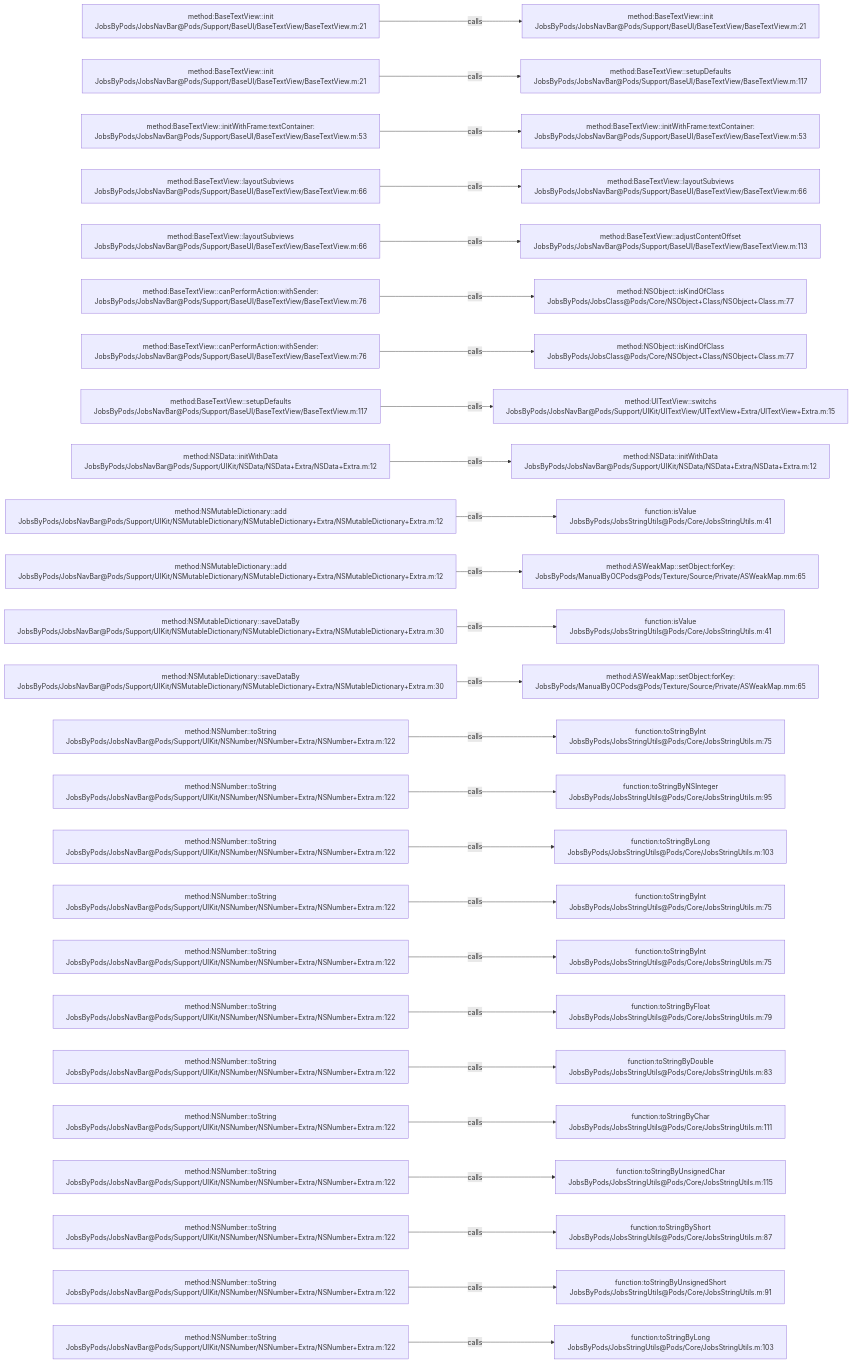
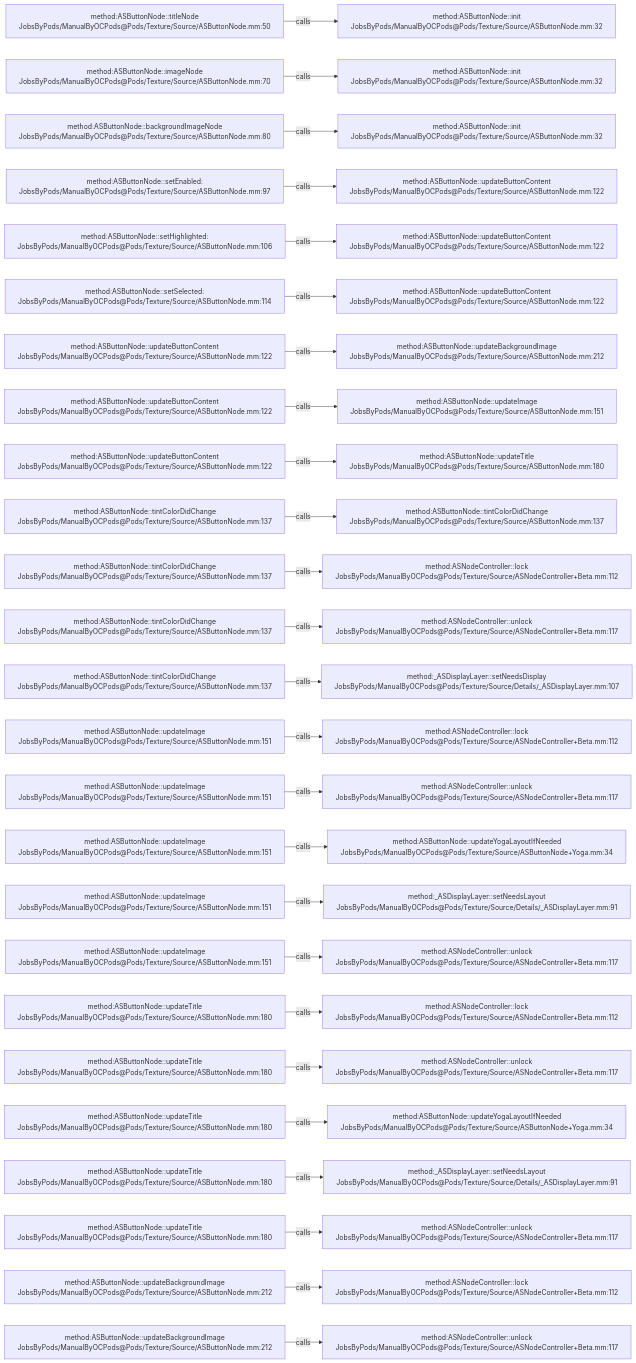
The diagram in .codegraph/codegraph.md/graphs/calls-079.md (JobsKits/JobsOCBaseConfigDemo), drawn with Mermaid before and after one commit. The commit also changed 2162 other files, not shown here.

````diff
--- a/.codegraph/codegraph.md/graphs/calls-079.md
+++ b/.codegraph/codegraph.md/graphs/calls-079.md
@@ -13,78 +13,78 @@
 ```mermaid
 flowchart LR
-  S1["method:BaseTextView::init<br/>JobsByPods/JobsNavBar@Pods/Support/BaseUI/BaseTextView/BaseTextView.m:21"]
-  T1["method:BaseTextView::init<br/>JobsByPods/JobsNavBar@Pods/Support/BaseUI/BaseTextView/BaseTextView.m:21"]
+  S1["method:ASButtonNode::titleNode<br/>JobsByPods/ManualByOCPods@Pods/Texture/Source/ASButtonNode.mm:50"]
+  T1["method:ASButtonNode::init<br/>JobsByPods/ManualByOCPods@Pods/Texture/Source/ASButtonNode.mm:32"]
   S1 -->|calls| T1
-  S2["method:BaseTextView::init<br/>JobsByPods/JobsNavBar@Pods/Support/BaseUI/BaseTextView/BaseTextView.m:21"]
-  T2["method:BaseTextView::setupDefaults<br/>JobsByPods/JobsNavBar@Pods/Support/BaseUI/BaseTextView/BaseTextView.m:117"]
+  S2["method:ASButtonNode::imageNode<br/>JobsByPods/ManualByOCPods@Pods/Texture/Source/ASButtonNode.mm:70"]
+  T2["method:ASButtonNode::init<br/>JobsByPods/ManualByOCPods@Pods/Texture/Source/ASButtonNode.mm:32"]
   S2 -->|calls| T2
-  S3["method:BaseTextView::initWithFrame:textContainer:<br/>JobsByPods/JobsNavBar@Pods/Support/BaseUI/BaseTextView/BaseTextView.m:53"]
-  T3["method:BaseTextView::initWithFrame:textContainer:<br/>JobsByPods/JobsNavBar@Pods/Support/BaseUI/BaseTextView/BaseTextView.m:53"]
+  S3["method:ASButtonNode::backgroundImageNode<br/>JobsByPods/ManualByOCPods@Pods/Texture/Source/ASButtonNode.mm:80"]
+  T3["method:ASButtonNode::init<br/>JobsByPods/ManualByOCPods@Pods/Texture/Source/ASButtonNode.mm:32"]
   S3 -->|calls| T3
-  S4["method:BaseTextView::layoutSubviews<br/>JobsByPods/JobsNavBar@Pods/Support/BaseUI/BaseTextView/BaseTextView.m:66"]
-  T4["method:BaseTextView::layoutSubviews<br/>JobsByPods/JobsNavBar@Pods/Support/BaseUI/BaseTextView/BaseTextView.m:66"]
+  S4["method:ASButtonNode::setEnabled:<br/>JobsByPods/ManualByOCPods@Pods/Texture/Source/ASButtonNode.mm:97"]
+  T4["method:ASButtonNode::updateButtonContent<br/>JobsByPods/ManualByOCPods@Pods/Texture/Source/ASButtonNode.mm:122"]
   S4 -->|calls| T4
-  S5["method:BaseTextView::layoutSubviews<br/>JobsByPods/JobsNavBar@Pods/Support/BaseUI/BaseTextView/BaseTextView.m:66"]
-  T5["method:BaseTextView::adjustContentOffset<br/>JobsByPods/JobsNavBar@Pods/Support/BaseUI/BaseTextView/BaseTextView.m:113"]
+  S5["method:ASButtonNode::setHighlighted:<br/>JobsByPods/ManualByOCPods@Pods/Texture/Source/ASButtonNode.mm:106"]
+  T5["method:ASButtonNode::updateButtonContent<br/>JobsByPods/ManualByOCPods@Pods/Texture/Source/ASButtonNode.mm:122"]
   S5 -->|calls| T5
-  S6["method:BaseTextView::canPerformAction:withSender:<br/>JobsByPods/JobsNavBar@Pods/Support/BaseUI/BaseTextView/BaseTextView.m:76"]
-  T6["method:NSObject::isKindOfClass<br/>JobsByPods/JobsClass@Pods/Core/NSObject+Class/NSObject+Class.m:77"]
+  S6["method:ASButtonNode::setSelected:<br/>JobsByPods/ManualByOCPods@Pods/Texture/Source/ASButtonNode.mm:114"]
+  T6["method:ASButtonNode::updateButtonContent<br/>JobsByPods/ManualByOCPods@Pods/Texture/Source/ASButtonNode.mm:122"]
   S6 -->|calls| T6
-  S7["method:BaseTextView::canPerformAction:withSender:<br/>JobsByPods/JobsNavBar@Pods/Support/BaseUI/BaseTextView/BaseTextView.m:76"]
-  T7["method:NSObject::isKindOfClass<br/>JobsByPods/JobsClass@Pods/Core/NSObject+Class/NSObject+Class.m:77"]
+  S7["method:ASButtonNode::updateButtonContent<br/>JobsByPods/ManualByOCPods@Pods/Texture/Source/ASButtonNode.mm:122"]
+  T7["method:ASButtonNode::updateBackgroundImage<br/>JobsByPods/ManualByOCPods@Pods/Texture/Source/ASButtonNode.mm:212"]
   S7 -->|calls| T7
-  S8["method:BaseTextView::setupDefaults<br/>JobsByPods/JobsNavBar@Pods/Support/BaseUI/BaseTextView/BaseTextView.m:117"]
-  T8["method:UITextView::switchs<br/>JobsByPods/JobsNavBar@Pods/Support/UIKit/UITextView/UITextView+Extra/UITextView+Extra.m:15"]
+  S8["method:ASButtonNode::updateButtonContent<br/>JobsByPods/ManualByOCPods@Pods/Texture/Source/ASButtonNode.mm:122"]
+  T8["method:ASButtonNode::updateImage<br/>JobsByPods/ManualByOCPods@Pods/Texture/Source/ASButtonNode.mm:151"]
   S8 -->|calls| T8
-  S9["method:NSData::initWithData<br/>JobsByPods/JobsNavBar@Pods/Support/UIKit/NSData/NSData+Extra/NSData+Extra.m:12"]
-  T9["method:NSData::initWithData<br/>JobsByPods/JobsNavBar@Pods/Support/UIKit/NSData/NSData+Extra/NSData+Extra.m:12"]
+  S9["method:ASButtonNode::updateButtonContent<br/>JobsByPods/ManualByOCPods@Pods/Texture/Source/ASButtonNode.mm:122"]
+  T9["method:ASButtonNode::updateTitle<br/>JobsByPods/ManualByOCPods@Pods/Texture/Source/ASButtonNode.mm:180"]
   S9 -->|calls| T9
-  S10["method:NSMutableDictionary::add<br/>JobsByPods/JobsNavBar@Pods/Support/UIKit/NSMutableDictionary/NSMutableDictionary+Extra/NSMutableDictionary+Extra.m:12"]
-  T10["function:isValue<br/>JobsByPods/JobsStringUtils@Pods/Core/JobsStringUtils.m:41"]
+  S10["method:ASButtonNode::tintColorDidChange<br/>JobsByPods/ManualByOCPods@Pods/Texture/Source/ASButtonNode.mm:137"]
+  T10["method:ASButtonNode::tintColorDidChange<br/>JobsByPods/ManualByOCPods@Pods/Texture/Source/ASButtonNode.mm:137"]
   S10 -->|calls| T10
-  S11["method:NSMutableDictionary::add<br/>JobsByPods/JobsNavBar@Pods/Support/UIKit/NSMutableDictionary/NSMutableDictionary+Extra/NSMutableDictionary+Extra.m:12"]
-  T11["method:ASWeakMap::setObject:forKey:<br/>JobsByPods/ManualByOCPods@Pods/Texture/Source/Private/ASWeakMap.mm:65"]
+  S11["method:ASButtonNode::tintColorDidChange<br/>JobsByPods/ManualByOCPods@Pods/Texture/Source/ASButtonNode.mm:137"]
+  T11["method:ASNodeController::lock<br/>JobsByPods/ManualByOCPods@Pods/Texture/Source/ASNodeController+Beta.mm:112"]
   S11 -->|calls| T11
-  S12["method:NSMutableDictionary::saveDataBy<br/>JobsByPods/JobsNavBar@Pods/Support/UIKit/NSMutableDictionary/NSMutableDictionary+Extra/NSMutableDictionary+Extra.m:30"]
-  T12["function:isValue<br/>JobsByPods/JobsStringUtils@Pods/Core/JobsStringUtils.m:41"]
+  S12["method:ASButtonNode::tintColorDidChange<br/>JobsByPods/ManualByOCPods@Pods/Texture/Source/ASButtonNode.mm:137"]
+  T12["method:ASNodeController::unlock<br/>JobsByPods/ManualByOCPods@Pods/Texture/Source/ASNodeController+Beta.mm:117"]
   S12 -->|calls| T12
-  S13["method:NSMutableDictionary::saveDataBy<br/>JobsByPods/JobsNavBar@Pods/Support/UIKit/NSMutableDictionary/NSMutableDictionary+Extra/NSMutableDictionary+Extra.m:30"]
-  T13["method:ASWeakMap::setObject:forKey:<br/>JobsByPods/ManualByOCPods@Pods/Texture/Source/Private/ASWeakMap.mm:65"]
+  S13["method:ASButtonNode::tintColorDidChange<br/>JobsByPods/ManualByOCPods@Pods/Texture/Source/ASButtonNode.mm:137"]
+  T13["method:_ASDisplayLayer::setNeedsDisplay<br/>JobsByPods/ManualByOCPods@Pods/Texture/Source/Details/_ASDisplayLayer.mm:107"]
   S13 -->|calls| T13
-  S14["method:NSNumber::toString<br/>JobsByPods/JobsNavBar@Pods/Support/UIKit/NSNumber/NSNumber+Extra/NSNumber+Extra.m:122"]
-  T14["function:toStringByInt<br/>JobsByPods/JobsStringUtils@Pods/Core/JobsStringUtils.m:75"]
+  S14["method:ASButtonNode::updateImage<br/>JobsByPods/ManualByOCPods@Pods/Texture/Source/ASButtonNode.mm:151"]
+  T14["method:ASNodeController::lock<br/>JobsByPods/ManualByOCPods@Pods/Texture/Source/ASNodeController+Beta.mm:112"]
   S14 -->|calls| T14
-  S15["method:NSNumber::toString<br/>JobsByPods/JobsNavBar@Pods/Support/UIKit/NSNumber/NSNumber+Extra/NSNumber+Extra.m:122"]
-  T15["function:toStringByNSInteger<br/>JobsByPods/JobsStringUtils@Pods/Core/JobsStringUtils.m:95"]
+  S15["method:ASButtonNode::updateImage<br/>JobsByPods/ManualByOCPods@Pods/Texture/Source/ASButtonNode.mm:151"]
+  T15["method:ASNodeController::unlock<br/>JobsByPods/ManualByOCPods@Pods/Texture/Source/ASNodeController+Beta.mm:117"]
   S15 -->|calls| T15
-  S16["method:NSNumber::toString<br/>JobsByPods/JobsNavBar@Pods/Support/UIKit/NSNumber/NSNumber+Extra/NSNumber+Extra.m:122"]
-  T16["function:toStringByLong<br/>JobsByPods/JobsStringUtils@Pods/Core/JobsStringUtils.m:103"]
+  S16["method:ASButtonNode::updateImage<br/>JobsByPods/ManualByOCPods@Pods/Texture/Source/ASButtonNode.mm:151"]
+  T16["method:ASButtonNode::updateYogaLayoutIfNeeded<br/>JobsByPods/ManualByOCPods@Pods/Texture/Source/ASButtonNode+Yoga.mm:34"]
   S16 -->|calls| T16
-  S17["method:NSNumber::toString<br/>JobsByPods/JobsNavBar@Pods/Support/UIKit/NSNumber/NSNumber+Extra/NSNumber+Extra.m:122"]
-  T17["function:toStringByInt<br/>JobsByPods/JobsStringUtils@Pods/Core/JobsStringUtils.m:75"]
+  S17["method:ASButtonNode::updateImage<br/>JobsByPods/ManualByOCPods@Pods/Texture/Source/ASButtonNode.mm:151"]
+  T17["method:_ASDisplayLayer::setNeedsLayout<br/>JobsByPods/ManualByOCPods@Pods/Texture/Source/Details/_ASDisplayLayer.mm:91"]
   S17 -->|calls| T17
-  S18["method:NSNumber::toString<br/>JobsByPods/JobsNavBar@Pods/Support/UIKit/NSNumber/NSNumber+Extra/NSNumber+Extra.m:122"]
-  T18["function:toStringByInt<br/>JobsByPods/JobsStringUtils@Pods/Core/JobsStringUtils.m:75"]
+  S18["method:ASButtonNode::updateImage<br/>JobsByPods/ManualByOCPods@Pods/Texture/Source/ASButtonNode.mm:151"]
+  T18["method:ASNodeController::unlock<br/>JobsByPods/ManualByOCPods@Pods/Texture/Source/ASNodeController+Beta.mm:117"]
   S18 -->|calls| T18
-  S19["method:NSNumber::toString<br/>JobsByPods/JobsNavBar@Pods/Support/UIKit/NSNumber/NSNumber+Extra/NSNumber+Extra.m:122"]
-  T19["function:toStringByFloat<br/>JobsByPods/JobsStringUtils@Pods/Core/JobsStringUtils.m:79"]
+  S19["method:ASButtonNode::updateTitle<br/>JobsByPods/ManualByOCPods@Pods/Texture/Source/ASButtonNode.mm:180"]
+  T19["method:ASNodeController::lock<br/>JobsByPods/ManualByOCPods@Pods/Texture/Source/ASNodeController+Beta.mm:112"]
   S19 -->|calls| T19
-  S20["method:NSNumber::toString<br/>JobsByPods/JobsNavBar@Pods/Support/UIKit/NSNumber/NSNumber+Extra/NSNumber+Extra.m:122"]
-  T20["function:toStringByDouble<br/>JobsByPods/JobsStringUtils@Pods/Core/JobsStringUtils.m:83"]
+  S20["method:ASButtonNode::updateTitle<br/>JobsByPods/ManualByOCPods@Pods/Texture/Source/ASButtonNode.mm:180"]
+  T20["method:ASNodeController::unlock<br/>JobsByPods/ManualByOCPods@Pods/Texture/Source/ASNodeController+Beta.mm:117"]
   S20 -->|calls| T20
-  S21["method:NSNumber::toString<br/>JobsByPods/JobsNavBar@Pods/Support/UIKit/NSNumber/NSNumber+Extra/NSNumber+Extra.m:122"]
-  T21["function:toStringByChar<br/>JobsByPods/JobsStringUtils@Pods/Core/JobsStringUtils.m:111"]
+  S21["method:ASButtonNode::updateTitle<br/>JobsByPods/ManualByOCPods@Pods/Texture/Source/ASButtonNode.mm:180"]
+  T21["method:ASButtonNode::updateYogaLayoutIfNeeded<br/>JobsByPods/ManualByOCPods@Pods/Texture/Source/ASButtonNode+Yoga.mm:34"]
   S21 -->|calls| T21
-  S22["method:NSNumber::toString<br/>JobsByPods/JobsNavBar@Pods/Support/UIKit/NSNumber/NSNumber+Extra/NSNumber+Extra.m:122"]
-  T22["function:toStringByUnsignedChar<br/>JobsByPods/JobsStringUtils@Pods/Core/JobsStringUtils.m:115"]
+  S22["method:ASButtonNode::updateTitle<br/>JobsByPods/ManualByOCPods@Pods/Texture/Source/ASButtonNode.mm:180"]
+  T22["method:_ASDisplayLayer::setNeedsLayout<br/>JobsByPods/ManualByOCPods@Pods/Texture/Source/Details/_ASDisplayLayer.mm:91"]
   S22 -->|calls| T22
-  S23["method:NSNumber::toString<br/>JobsByPods/JobsNavBar@Pods/Support/UIKit/NSNumber/NSNumber+Extra/NSNumber+Extra.m:122"]
-  T23["function:toStringByShort<br/>JobsByPods/JobsStringUtils@Pods/Core/JobsStringUtils.m:87"]
+  S23["method:ASButtonNode::updateTitle<br/>JobsByPods/ManualByOCPods@Pods/Texture/Source/ASButtonNode.mm:180"]
+  T23["method:ASNodeController::unlock<br/>JobsByPods/ManualByOCPods@Pods/Texture/Source/ASNodeController+Beta.mm:117"]
   S23 -->|calls| T23
-  S24["method:NSNumber::toString<br/>JobsByPods/JobsNavBar@Pods/Support/UIKit/NSNumber/NSNumber+Extra/NSNumber+Extra.m:122"]
-  T24["function:toStringByUnsignedShort<br/>JobsByPods/JobsStringUtils@Pods/Core/JobsStringUtils.m:91"]
+  S24["method:ASButtonNode::updateBackgroundImage<br/>JobsByPods/ManualByOCPods@Pods/Texture/Source/ASButtonNode.mm:212"]
+  T24["method:ASNodeController::lock<br/>JobsByPods/ManualByOCPods@Pods/Texture/Source/ASNodeController+Beta.mm:112"]
   S24 -->|calls| T24
-  S25["method:NSNumber::toString<br/>JobsByPods/JobsNavBar@Pods/Support/UIKit/NSNumber/NSNumber+Extra/NSNumber+Extra.m:122"]
-  T25["function:toStringByLong<br/>JobsByPods/JobsStringUtils@Pods/Core/JobsStringUtils.m:103"]
+  S25["method:ASButtonNode::updateBackgroundImage<br/>JobsByPods/ManualByOCPods@Pods/Texture/Source/ASButtonNode.mm:212"]
+  T25["method:ASNodeController::unlock<br/>JobsByPods/ManualByOCPods@Pods/Texture/Source/ASNodeController+Beta.mm:117"]
   S25 -->|calls| T25
 ```
````
